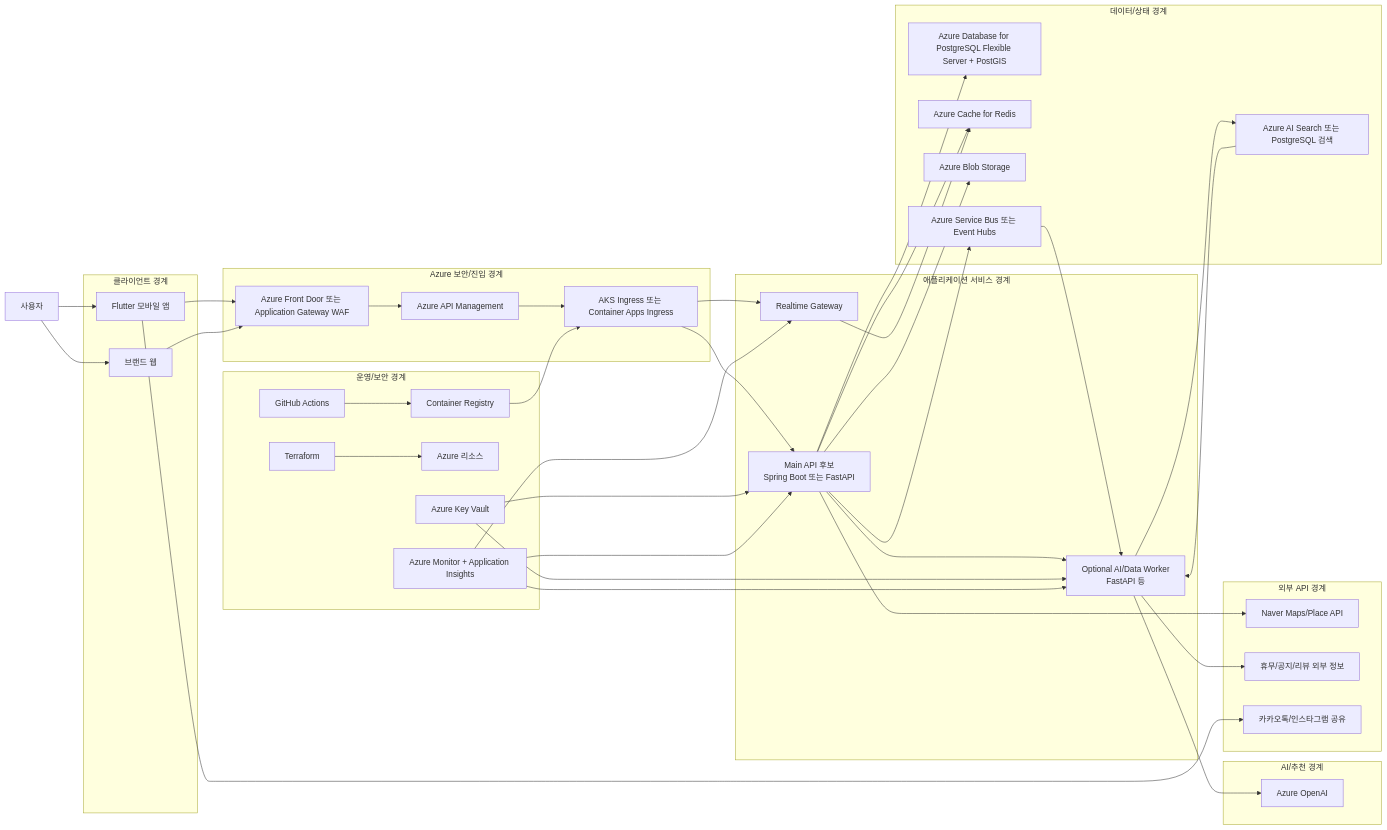
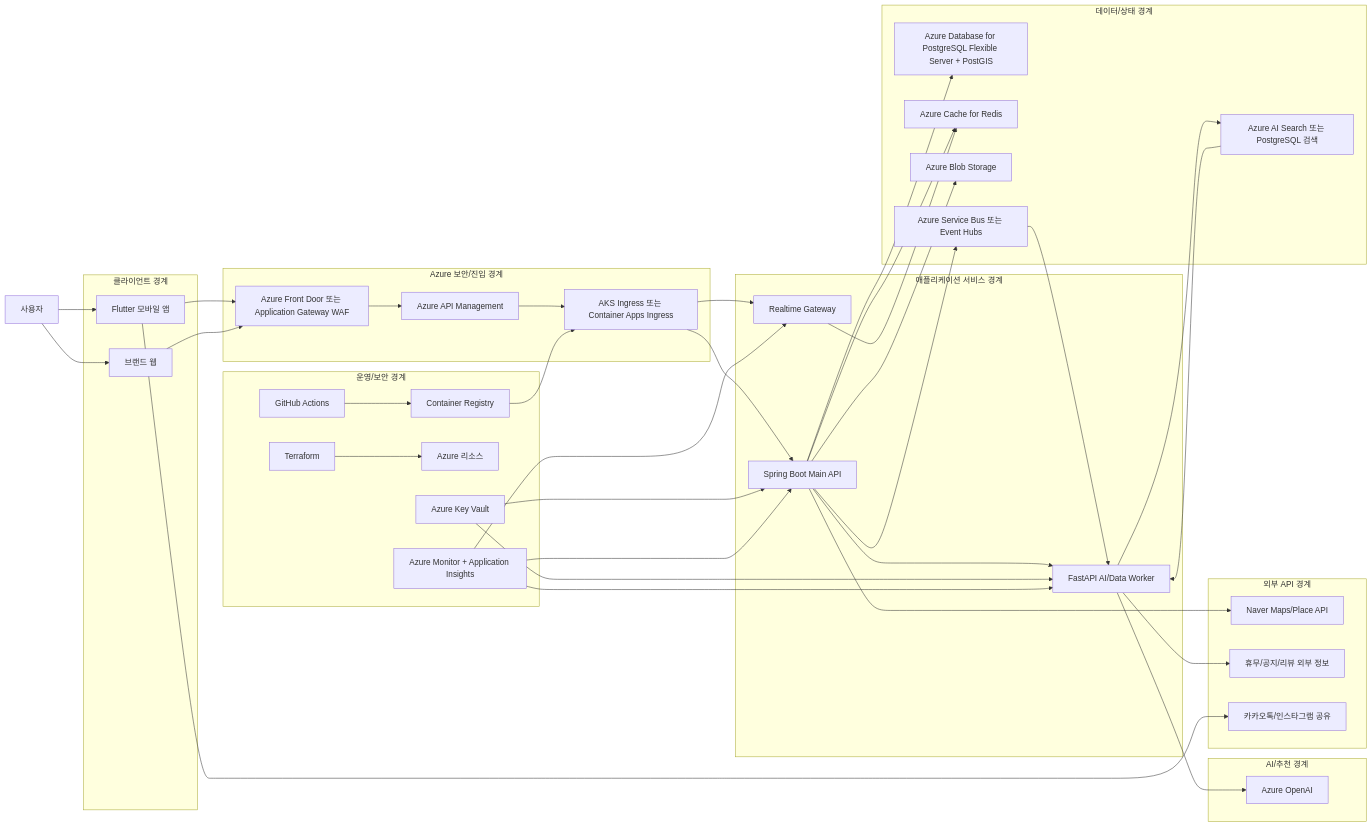
Before and after one commit to Onieum/ONMU: the first of 3 diagrams in docs/architecture/current-architecture-diagram.md, drawn with Mermaid. The commit also changed other lines of this file and 6 other files, not shown here.

````diff
--- a/docs/architecture/current-architecture-diagram.md
+++ b/docs/architecture/current-architecture-diagram.md
@@ -31,56 +31,56 @@
 ```mermaid
 flowchart LR
     user["사용자"] --> mobile["Flutter 모바일 앱"]
     user --> web["브랜드 웹"]
 
     subgraph client["클라이언트 경계"]
         mobile
         web
     end
 
     mobile --> edge["Azure Front Door 또는 Application Gateway WAF"]
     web --> edge
 
     subgraph azureEdge["Azure 보안/진입 경계"]
         edge --> apim["Azure API Management"]
         apim --> ingress["AKS Ingress 또는 Container Apps Ingress"]
     end
 
     subgraph app["애플리케이션 서비스 경계"]
-        ingress --> mainApi["Main API 후보\nSpring Boot 또는 FastAPI"]
+        ingress --> mainApi["Spring Boot Main API"]
         ingress --> realtime["Realtime Gateway"]
-        mainApi --> worker["Optional AI/Data Worker\nFastAPI 등"]
+        mainApi --> worker["FastAPI AI/Data Worker"]
     end
 
     subgraph data["데이터/상태 경계"]
         mainApi --> postgres["Azure Database for PostgreSQL Flexible Server + PostGIS"]
         mainApi --> redis["Azure Cache for Redis"]
         mainApi --> blob["Azure Blob Storage"]
         realtime --> redis
         mainApi --> bus["Azure Service Bus 또는 Event Hubs"]
         bus --> worker
         worker --> search["Azure AI Search 또는 PostgreSQL 검색"]
     end
 
     subgraph ai["AI/추천 경계"]
         worker --> openai["Azure OpenAI"]
         search --> worker
     end
 
     subgraph external["외부 API 경계"]
         mainApi --> naver["Naver Maps/Place API"]
         worker --> publicInfo["휴무/공지/리뷰 외부 정보"]
         mobile --> share["카카오톡/인스타그램 공유"]
     end
 
     subgraph ops["운영/보안 경계"]
         github["GitHub Actions"] --> registry["Container Registry"]
         registry --> ingress
         terraform["Terraform"] --> azureInfra["Azure 리소스"]
         keyvault["Azure Key Vault"] --> mainApi
         keyvault --> worker
         monitor["Azure Monitor + Application Insights"] --> mainApi
         monitor --> worker
         monitor --> realtime
     end
 ```
````
